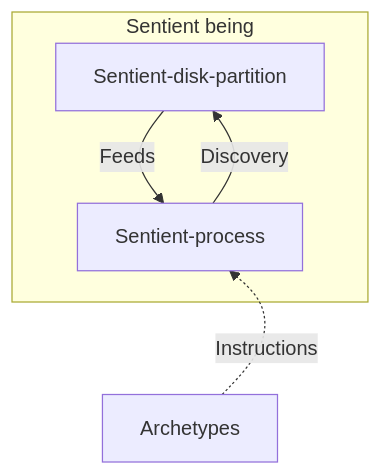
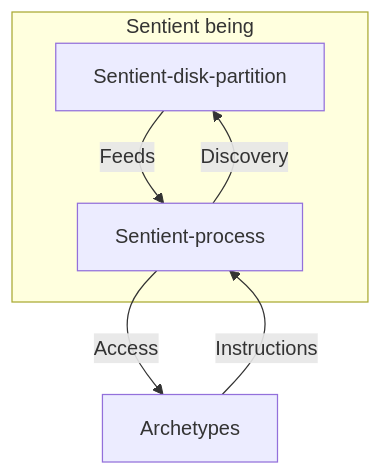
One commit to ruanfh/writings changed the third of 5 diagrams in metaphysics/reality_structure.md. Above: the diagram before and after it, drawn with Mermaid. The commit also changed other lines of this file, not shown here.

````diff
--- a/metaphysics/reality_structure.md
+++ b/metaphysics/reality_structure.md
@@ -68,11 +73,11 @@
 ```mermaid
 flowchart TB
     subgraph S[Sentient being]
         D[Sentient-disk-partition]
         P[Sentient-process]
         end
 	D --Feeds--> P
-	P ~~~ A[Archetypes]
-    A -.Instructions.-> P
+	P --Access--> A[Archetypes]
+    A --Instructions--> P
 	P --Discovery--> D 
 ```
````
